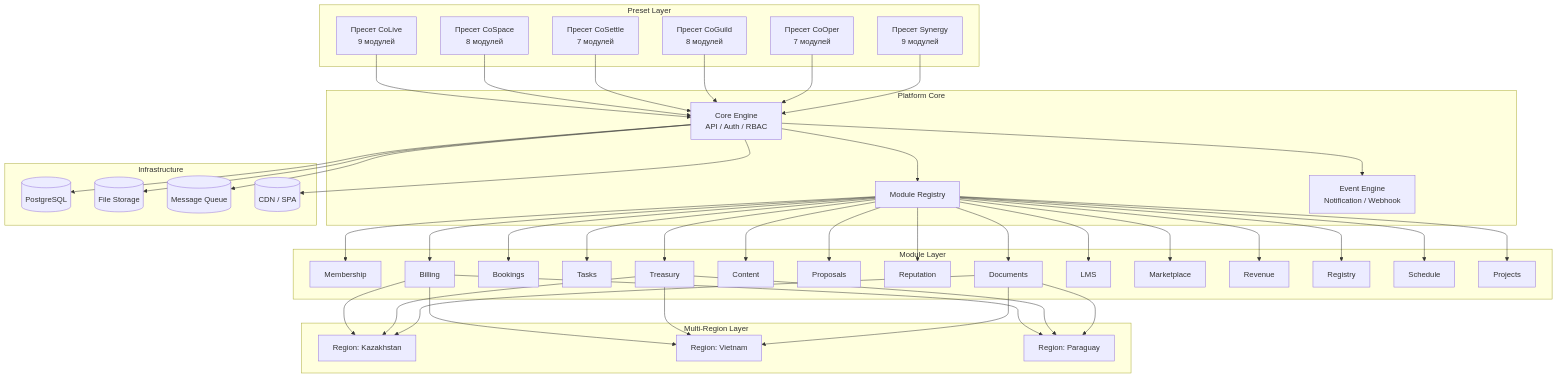
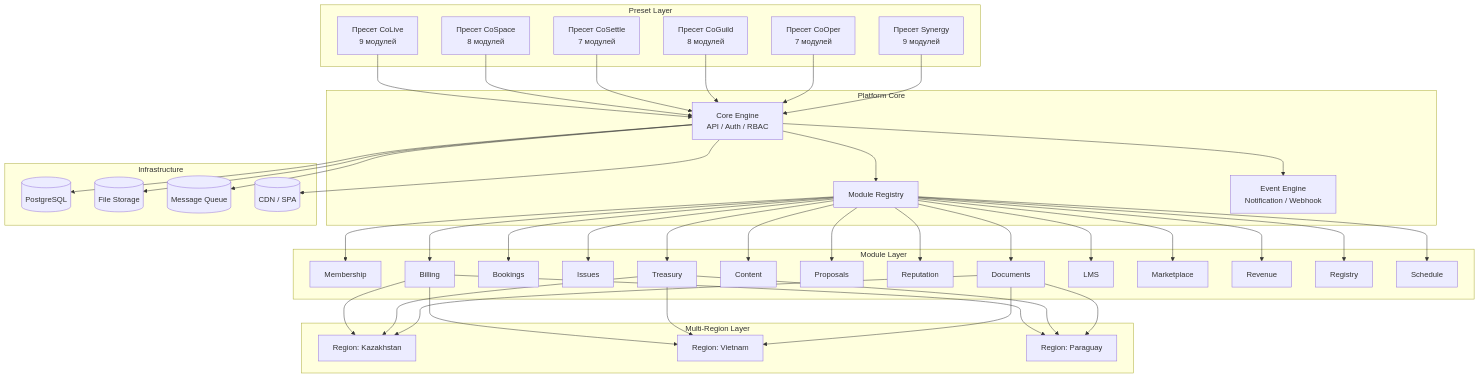
One commit to civilization-luch/tribe-docs changed the diagram in docs/architecture/index.md. Above: the diagram before and after it, drawn with Mermaid. The commit also changed other lines of this file and 17 other files, not shown here.

Commit message:
docs: rename Tasks/Projects → Issues/Workspaces, update module docs, routes, agent tools

```diff
--- a/docs/architecture/index.md
+++ b/docs/architecture/index.md
@@ -21,7 +21,7 @@
         M1["Membership"]
         M2["Billing"]
         M3["Bookings"]
-        M4["Tasks"]
+        M4["Issues"]
         M5["Treasury"]
         M6["Content"]
         M7["Proposals"]
@@ -32,7 +32,6 @@
         M12["Revenue"]
         M13["Registry"]
         M14["Schedule"]
-        M15["Projects"]
     end
 
     subgraph Region["Multi-Region Layer"]
@@ -72,7 +71,6 @@
     MR --> M12
     MR --> M13
     MR --> M14
-    MR --> M15
 
     M2 --> RKZ
     M2 --> RVN
```
